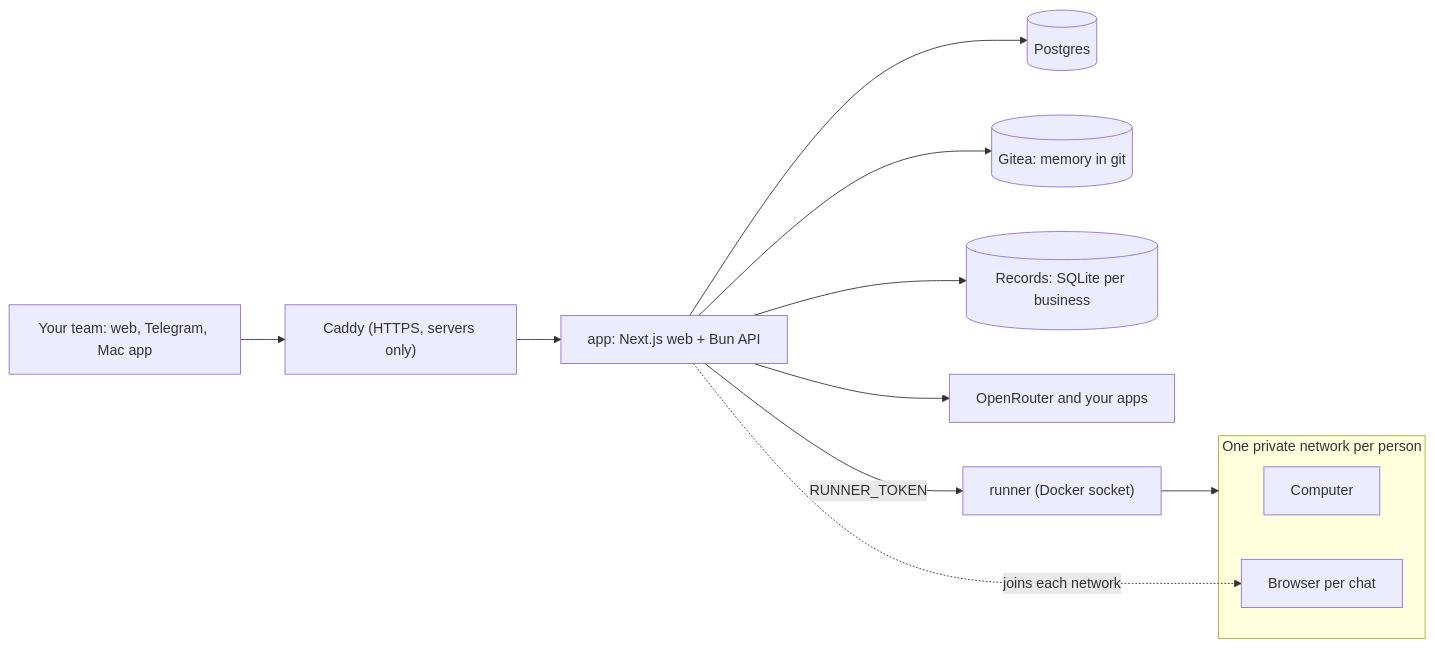
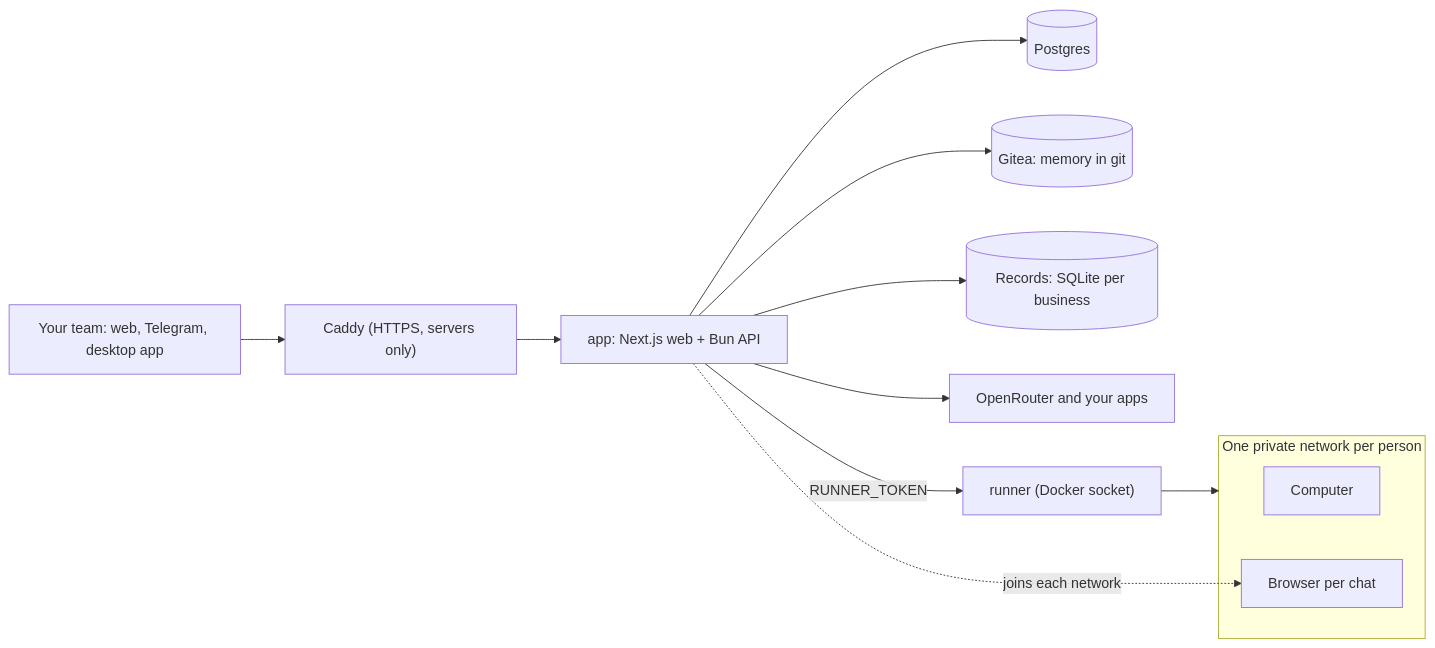
The diagram in README.md (emplio-app/emplio), drawn with Mermaid before and after one commit. The commit also changed other lines of this file, not shown here.

First line of the commit message:
README: the manager that hands off and checks, and desktop apps on Windows and Linux

````diff
--- a/README.md
+++ b/README.md
@@ -45,16 +45,16 @@
 ```mermaid
 flowchart LR
-  team["Your team: web, Telegram, Mac app"] --> caddy["Caddy (HTTPS, servers only)"]
+  team["Your team: web, Telegram, desktop app"] --> caddy["Caddy (HTTPS, servers only)"]
   caddy --> app["app: Next.js web + Bun API"]
   app --> pg[("Postgres")]
   app --> gitea[("Gitea: memory in git")]
   app --> records[("Records: SQLite per business")]
   app --> ai["OpenRouter and your apps"]
   app -- "RUNNER_TOKEN" --> runner["runner (Docker socket)"]
   runner --> net
   subgraph net["One private network per person"]
     computer["Computer"]
     browser["Browser per chat"]
   end
   app -. "joins each network" .-> browser
 ```
````
